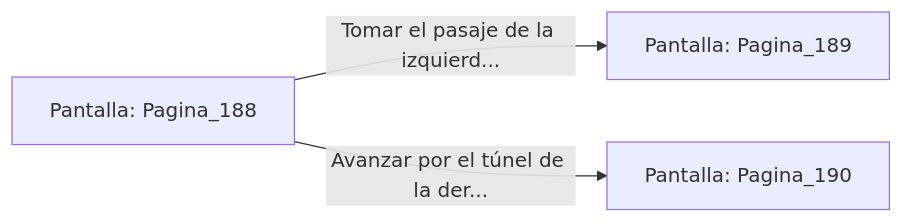
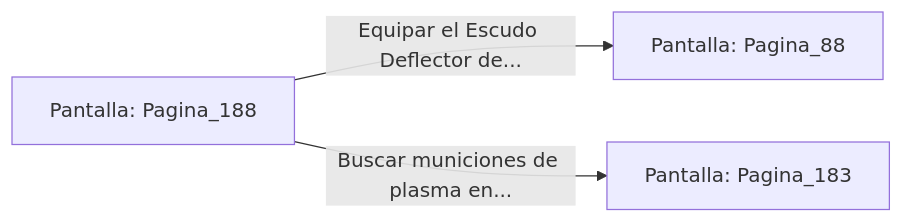
One commit to metsuke/mpl changed the diagram in sample/eligejuego-vault/Pantalla_Pagina_188.md. Above: the diagram before and after it, drawn with Mermaid. The commit also changed other lines of this file and 635 other files, not shown here.

First line of the commit message:
fix: añadir Pagina_1 como pantalla inicial en capitulo_01.mpl

````diff
--- a/sample/eligejuego-vault/Pantalla_Pagina_188.md
+++ b/sample/eligejuego-vault/Pantalla_Pagina_188.md
@@ -20,6 +22,6 @@
 ```mermaid
 graph LR
     P_Pagina_188["Pantalla: Pagina_188"]
-    P_Pagina_188 -->|"Tomar el pasaje de la izquierd..."| P_Pagina_189["Pantalla: Pagina_189"]
-    P_Pagina_188 -->|"Avanzar por el túnel de la der..."| P_Pagina_190["Pantalla: Pagina_190"]
+    P_Pagina_188 -->|"Equipar el Escudo Deflector de..."| P_Pagina_88["Pantalla: Pagina_88"]
+    P_Pagina_188 -->|"Buscar municiones de plasma en..."| P_Pagina_183["Pantalla: Pagina_183"]
 ```
````
